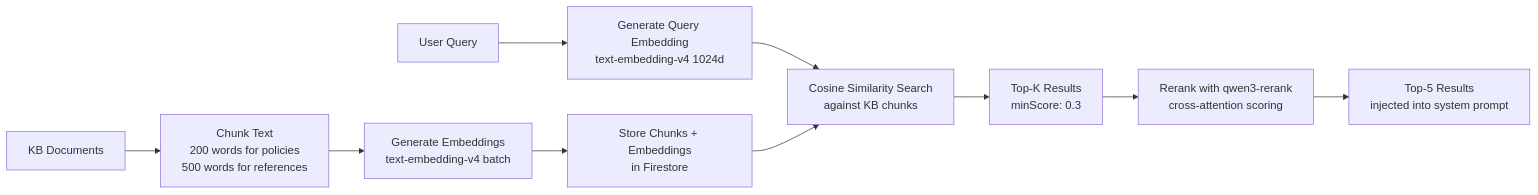
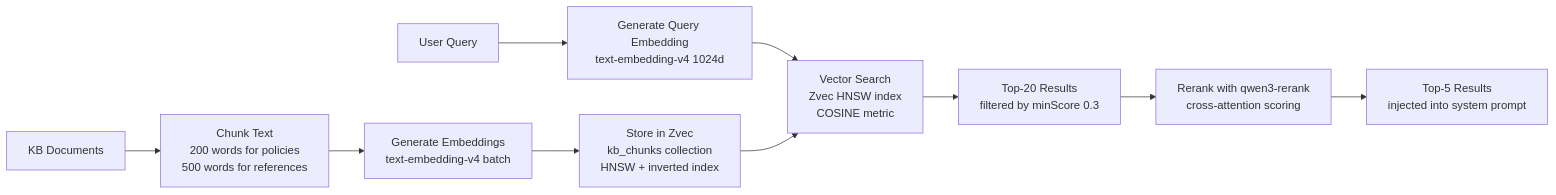
One commit to AlbertNjobo/procurely changed the third of 4 diagrams in docs/architecture.md. Above: the diagram before and after it, drawn with Mermaid. The commit also changed other lines of this file and 3 other files, not shown here.

Commit message:
update : Reconfigured Architecture DIagram

````diff
--- a/docs/architecture.md
+++ b/docs/architecture.md
@@ -94,13 +117,13 @@
 ```mermaid
 graph LR
     A[User Query] --> B[Generate Query Embedding<br/>text-embedding-v4 1024d]
-    B --> C[Cosine Similarity Search<br/>against KB chunks]
-    C --> D[Top-K Results<br/>minScore: 0.3]
+    B --> C[Vector Search<br/>Zvec HNSW index<br/>COSINE metric]
+    C --> D[Top-20 Results<br/>filtered by minScore 0.3]
     D --> E[Rerank with qwen3-rerank<br/>cross-attention scoring]
     E --> F[Top-5 Results<br/>injected into system prompt]
     
     G[KB Documents] --> H[Chunk Text<br/>200 words for policies<br/>500 words for references]
     H --> I[Generate Embeddings<br/>text-embedding-v4 batch]
-    I --> J[Store Chunks + Embeddings<br/>in Firestore]
+    I --> J[Store in Zvec<br/>kb_chunks collection<br/>HNSW + inverted index]
     J --> C
 ```
````
